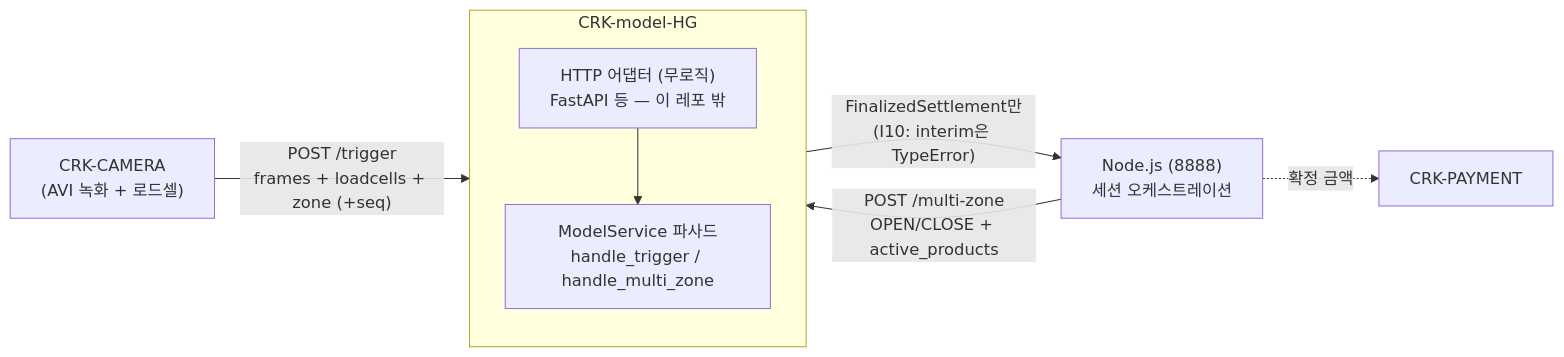
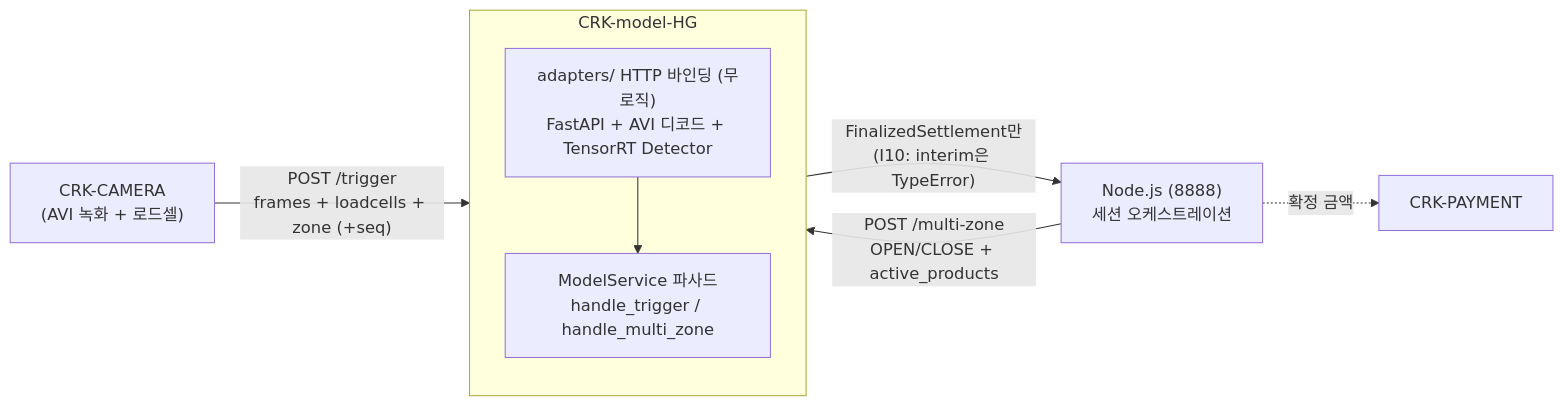
The first of 4 diagrams in README.md (CHAI-Student/CRK-model-HG), drawn with Mermaid before and after one commit. The commit also changed other lines of this file and 11 other files, not shown here.

````diff
--- a/README.md
+++ b/README.md
@@ -52,17 +114,17 @@
 ```mermaid
 flowchart LR
     CAM["CRK-CAMERA<br/>(AVI 녹화 + 로드셀)"]
     NODE["Node.js (8888)<br/>세션 오케스트레이션"]
     subgraph HG["CRK-model-HG"]
         direction TB
-        ADPT["HTTP 어댑터 (무로직)<br/>FastAPI 등 — 이 레포 밖"]
+        ADPT["adapters/ HTTP 바인딩 (무로직)<br/>FastAPI + AVI 디코드 + TensorRT Detector"]
         FAC["ModelService 파사드<br/>handle_trigger / handle_multi_zone"]
         ADPT --> FAC
     end
     PAY["CRK-PAYMENT"]
 
     CAM -- "POST /trigger<br/>frames + loadcells + zone (+seq)" --> ADPT
     NODE -- "POST /multi-zone<br/>OPEN/CLOSE + active_products" --> ADPT
     FAC -- "FinalizedSettlement만<br/>(I10: interim은 TypeError)" --> NODE
     NODE -. "확정 금액" .-> PAY
 ```
````
